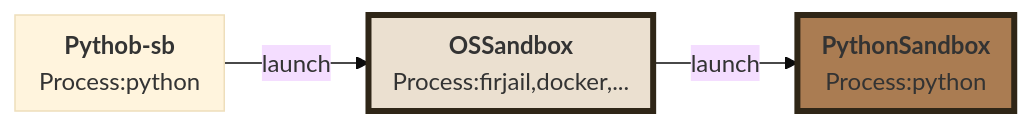
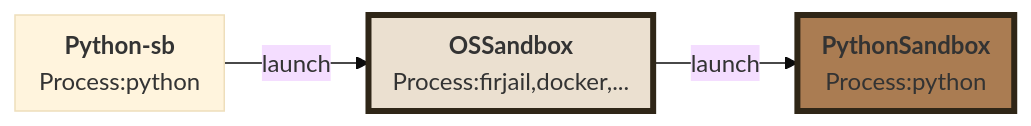
One commit to pprados/pysandboxes changed the second of 4 diagrams in README.md. Above: the diagram before and after it, drawn with Mermaid (base theme). The commit also changed other lines of this file and 11 other files, not shown here.

````diff
--- a/README.md
+++ b/README.md
@@ -177,15 +186,15 @@
 ```mermaid
 flowchart LR
-    subgraph Python_sb [<b>Pythob-sb</b><br/>Process:python]
+    subgraph Python_sb [<b>Python-sb</b><br/>Process:python]
     end
     subgraph OSSandbox ["<b>OSSandbox</b><br/>Process:firjail,docker,..."]
     end
     subgraph PythonSandbox ["<b>PythonSandbox</b><br/>Process:python"]
     end
     Python_sb  -- launch --> OSSandbox
     OSSandbox  -- launch --> PythonSandbox
 
     %% 🎨 Style personnalisé pour OSSandbox
     style OSSandbox fill:#ebe0d0,stroke:#2f2617,stroke-width:4px
     style PythonSandbox fill:#aa7c52,stroke:#2f2617,stroke-width:4px
 ```
````
